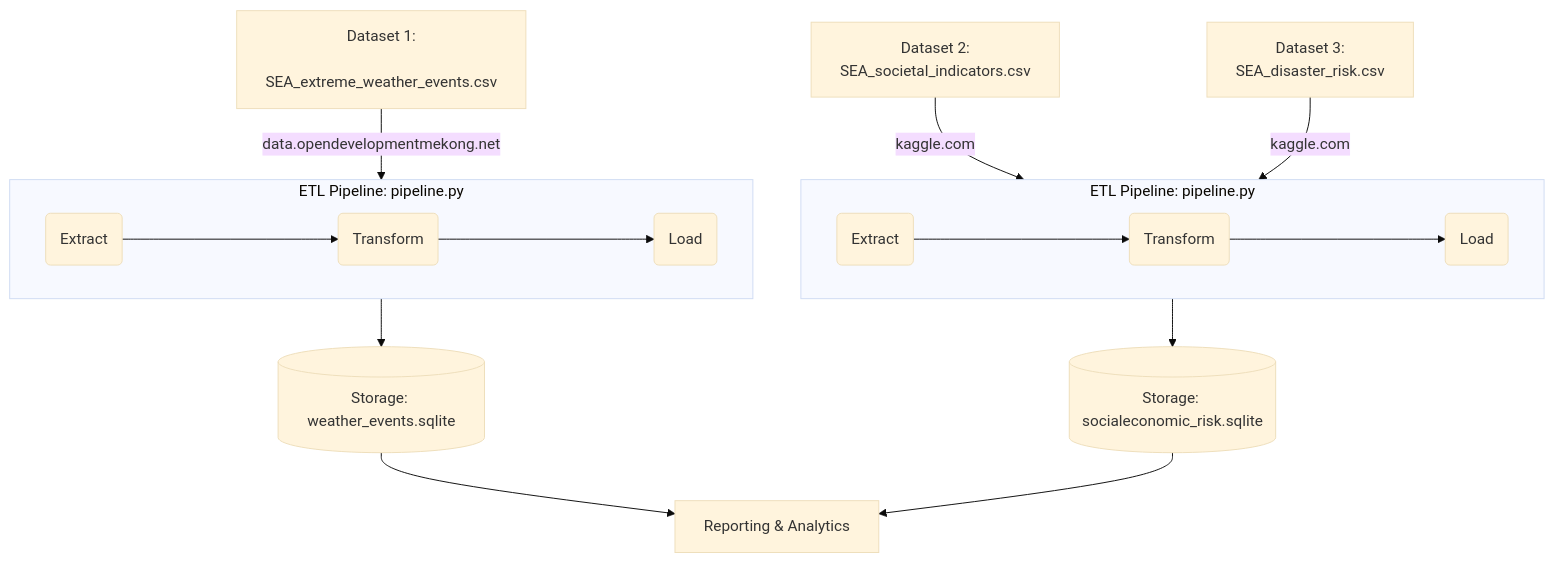
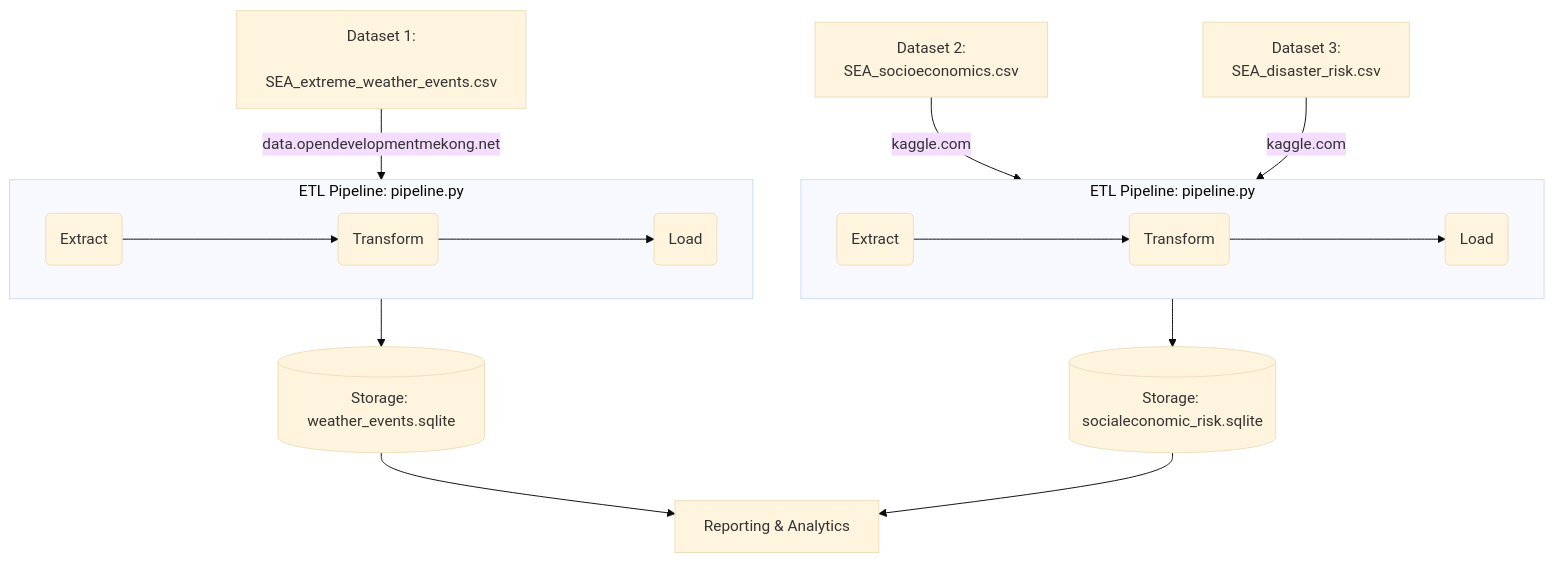
The diagram in project/project-plan.md (kristen149/FAUdata-enginnering-project), drawn with Mermaid (base theme) before and after one commit.

````diff
--- a/project/project-plan.md
+++ b/project/project-plan.md
@@ -96,20 +96,20 @@
 ``` mermaid
 flowchart TB
   
   A[Dataset 1:
     SEA_extreme_weather_events.csv] --data.opendevelopmentmekong.net--> SUB0 --> db1[("Storage: weather_events.sqlite")] --> G[Reporting & Analytics] 
   B[Dataset 2:
-    SEA_societal_indicators.csv] --kaggle.com --> SUB1 
+    SEA_socioeconomics.csv] --kaggle.com --> SUB1 
   C[Dataset 3:
     SEA_disaster_risk.csv] --kaggle.com --> SUB1
   SUB1 --> db2[("Storage: socialeconomic_risk.sqlite")] --> G[Reporting & Analytics]
 
 subgraph SUB1[ETL Pipeline: pipeline.py]
  direction LR
     I(Extract)----> K(Transform)---->L(Load)
 end
 subgraph SUB0[ETL Pipeline: pipeline.py]
     direction LR
     D(Extract)----> E(Transform)----> F(Load)
 end
 ```
````
